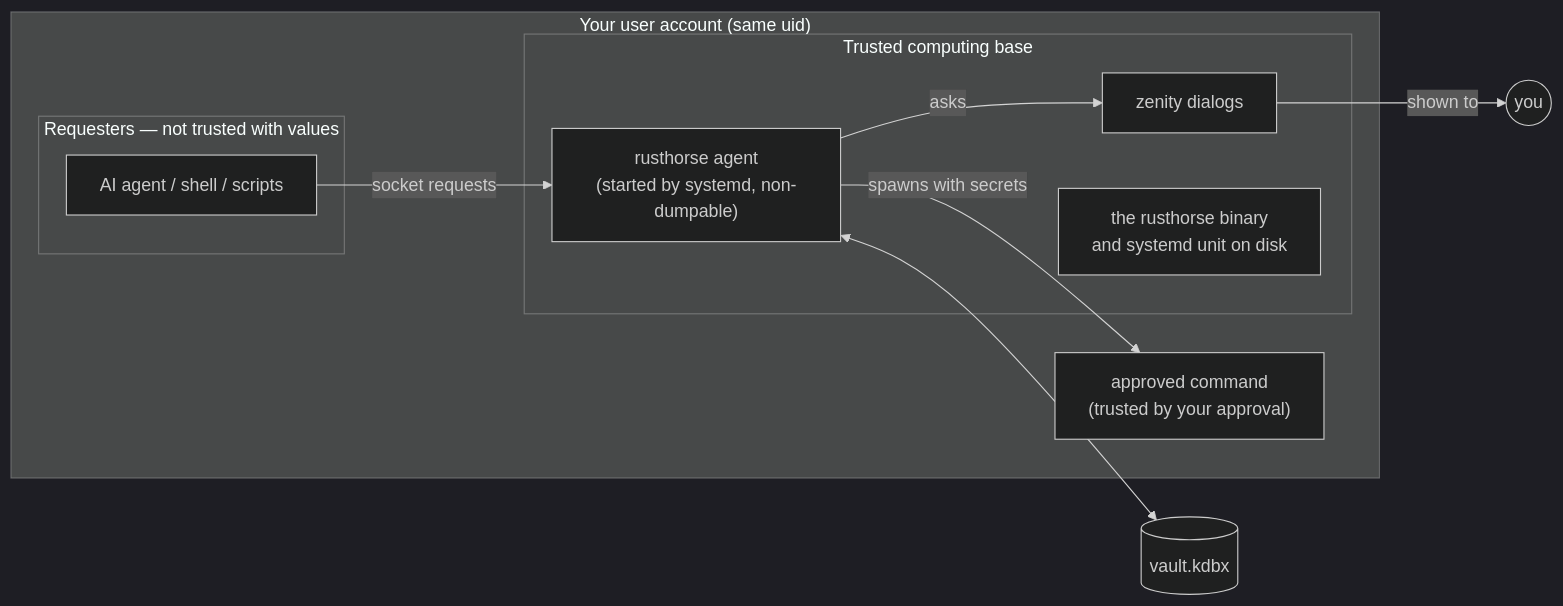
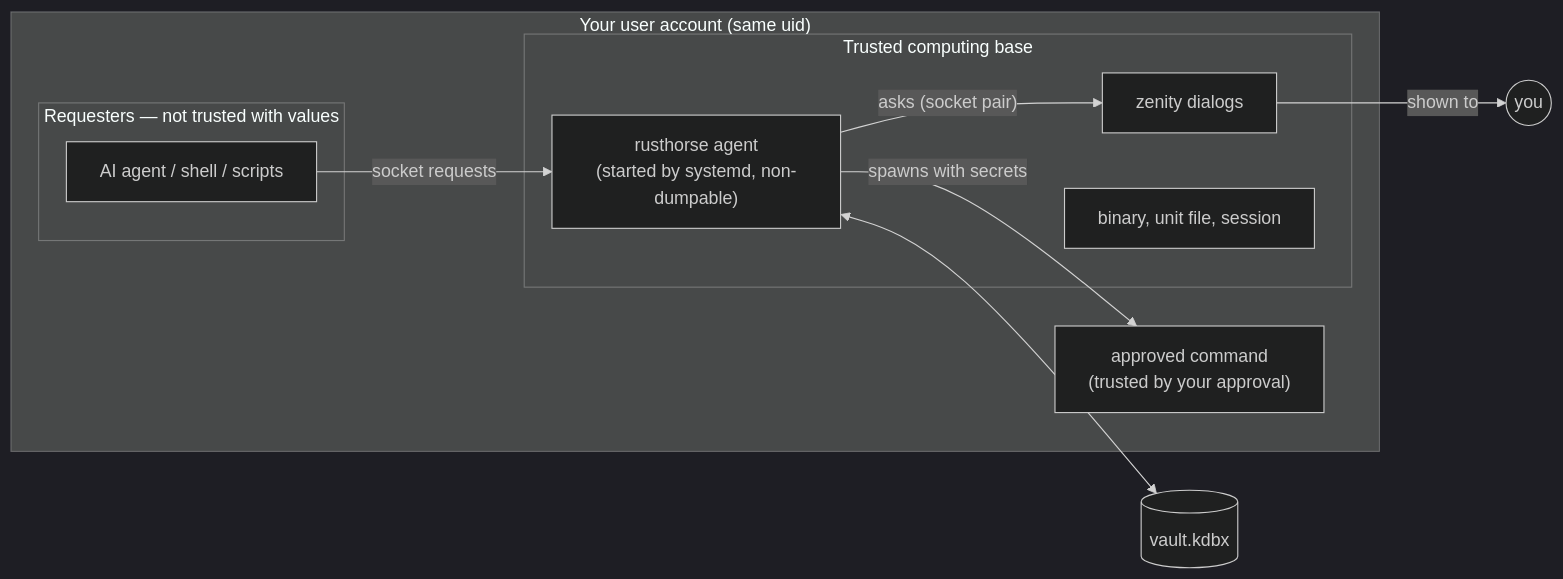
Before and after one commit to Alle4you/rusthorse: the diagram in docs/threat-model.md, drawn with Mermaid (dark theme). The commit also changed other lines of this file and 18 other files, not shown here.

````diff
--- a/docs/threat-model.md
+++ b/docs/threat-model.md
@@ -52,20 +79,20 @@
 ```mermaid
 flowchart LR
     subgraph user["Your user account (same uid)"]
         subgraph untrusted["Requesters — not trusted with values"]
             AI["AI agent / shell / scripts"]
         end
         subgraph trusted["Trusted computing base"]
             AG["rusthorse agent<br/>(started by systemd, non-dumpable)"]
             DLG["zenity dialogs"]
-            BIN["the rusthorse binary<br/>and systemd unit on disk"]
+            BIN["binary, unit file, session"]
         end
         CMD["approved command<br/>(trusted by your approval)"]
     end
     HUMAN(("you"))
     FILE[("vault.kdbx")]
     AI -- "socket requests" --> AG
-    AG -- "asks" --> DLG -- "shown to" --> HUMAN
+    AG -- "asks (socket pair)" --> DLG -- "shown to" --> HUMAN
     AG -- "spawns with secrets" --> CMD
     AG <--> FILE
 ```
````
